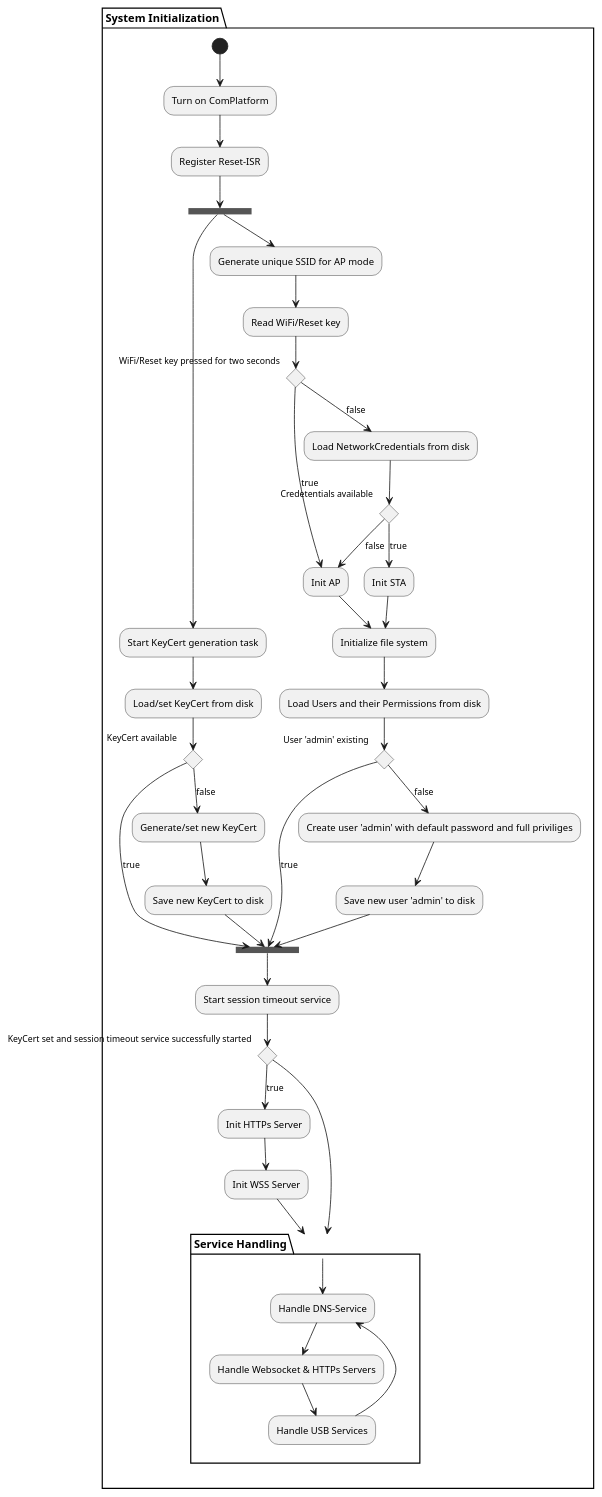
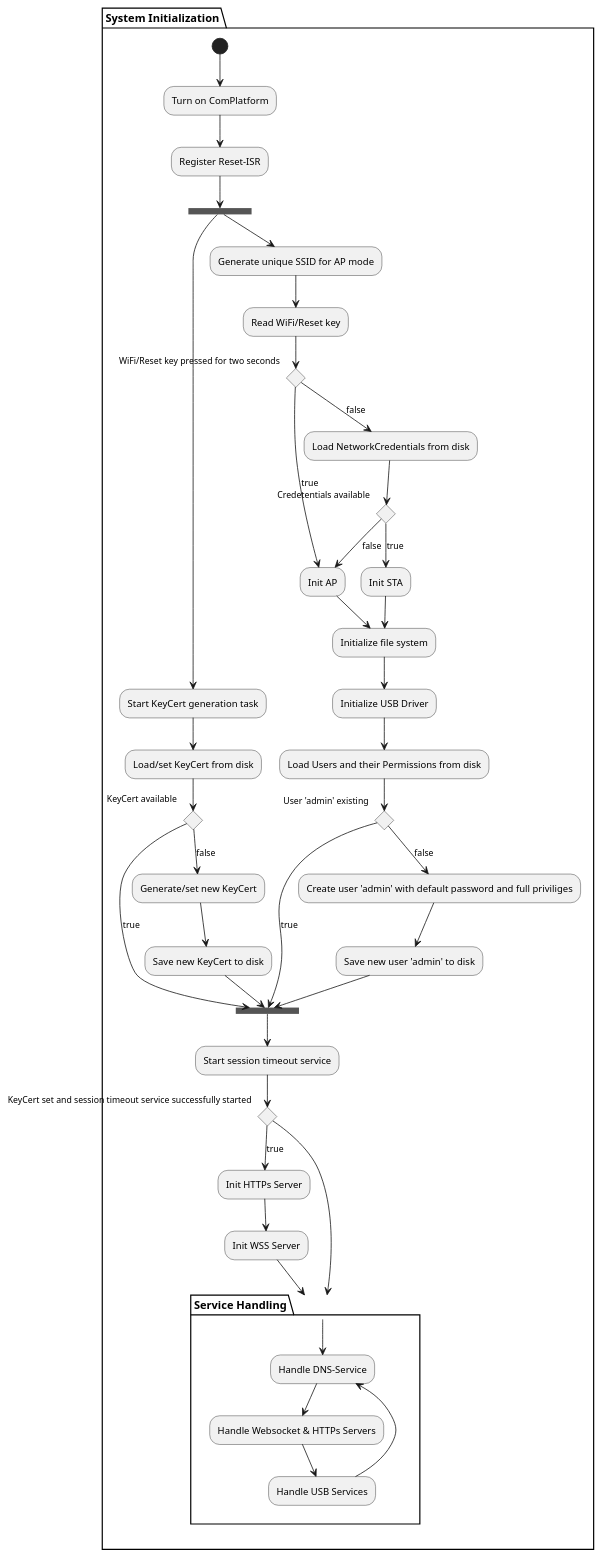
One commit to NewTec-GmbH/ZumoComSystem changed the diagram in doc/design/server/ActivityDiagrams/01_System.plantuml. Above: the diagram before and after it, drawn with PlantUML. The commit also changed 59 other files, not shown here.

```diff
--- a/doc/design/server/ActivityDiagrams/01_System.plantuml
+++ b/doc/design/server/ActivityDiagrams/01_System.plantuml
@@ -1,57 +1,58 @@
 @startuml
 partition "System Initialization" {
     (*) --> "Turn on ComPlatform"
     --> "Register Reset-ISR"
     --> === S1 ===
     --> "Start KeyCert generation task"
     --> "Load/set KeyCert from disk"
 
     if "KeyCert available" then
     --> [true] === S2 ===
     else
     --> [false] "Generate/set new KeyCert"
     --> "Save new KeyCert to disk"
     --> === S2 ===
     endif
 
     === S1 === --> "Generate unique SSID for AP mode"
     --> "Read WiFi/Reset key"
 
     if "WiFi/Reset key pressed for two seconds" then
     --> [true] "Init AP" as initap
     else
     --> [false] "Load NetworkCredentials from disk"
     if "Credetentials available" then
     --> [true] "Init STA"
     --> "Initialize file system"
     else
     --> [false] initap
     endif
 
     --> "Initialize file system"
+    --> "Initialize USB Driver"
     --> "Load Users and their Permissions from disk"
 
     if "User 'admin' existing" then
     --> [true] === S2 ===
     else
     --> [false] "Create user 'admin' with default password and full priviliges"
     --> "Save new user 'admin' to disk"
     endif
     --> === S2 ===
     --> "Start session timeout service"
     if "KeyCert set and session timeout service successfully started" then
     --> [true] "Init HTTPs Server"
     --> "Init WSS Server"
     --> "Service Handling"
     else
     --> "Service Handling"
     endif
 }
 
 partition "Service Handling" {
     --> "Handle DNS-Service" as handledns
     --> "Handle Websocket & HTTPs Servers"
     --> "Handle USB Services"
     --> handledns
 }
 @enduml
```
